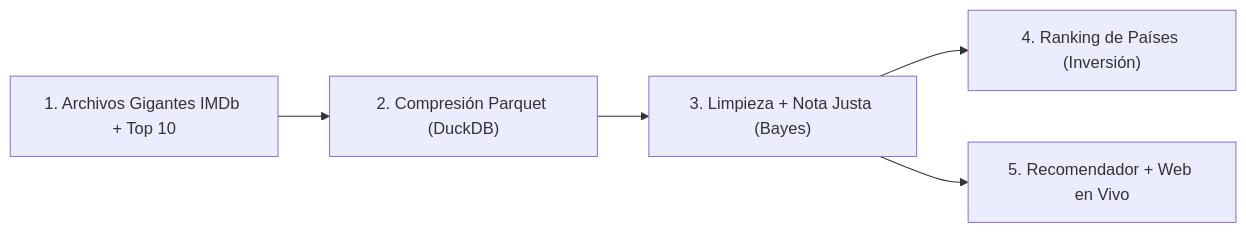
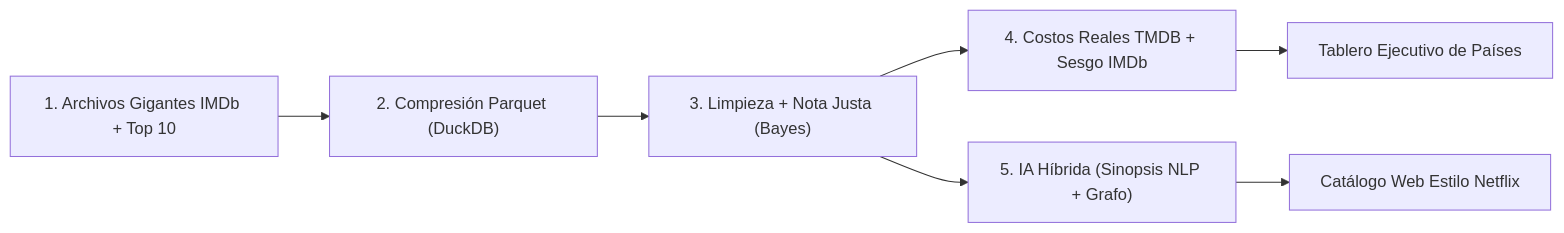
Before and after one commit to simoncanorio/netflix: the diagram in DOCUMENTACION_SISTEMA_NETFLIX.md, drawn with Mermaid. The commit also changed other lines of this file and 23 other files, not shown here.

Commit message:
feat(v5): NLP synopsis recommender, offline Recall/NDCG eval, real TMDB budgets, IMDb bias correction, SQLite sessions, Docker & tests

````diff
--- a/DOCUMENTACION_SISTEMA_NETFLIX.md
+++ b/DOCUMENTACION_SISTEMA_NETFLIX.md
@@ -60,7 +68,9 @@
 ```mermaid
 flowchart LR
     A["1. Archivos Gigantes IMDb + Top 10"] --> B["2. Compresión Parquet (DuckDB)"]
     B --> C["3. Limpieza + Nota Justa (Bayes)"]
-    C --> D["4. Ranking de Países (Inversión)"]
-    C --> E["5. Recomendador + Web en Vivo"]
+    C --> D["4. Costos Reales TMDB + Sesgo IMDb"]
+    C --> E["5. IA Híbrida (Sinopsis NLP + Grafo)"]
+    D --> F["Tablero Ejecutivo de Países"]
+    E --> G["Catálogo Web Estilo Netflix"]
 ```
````
